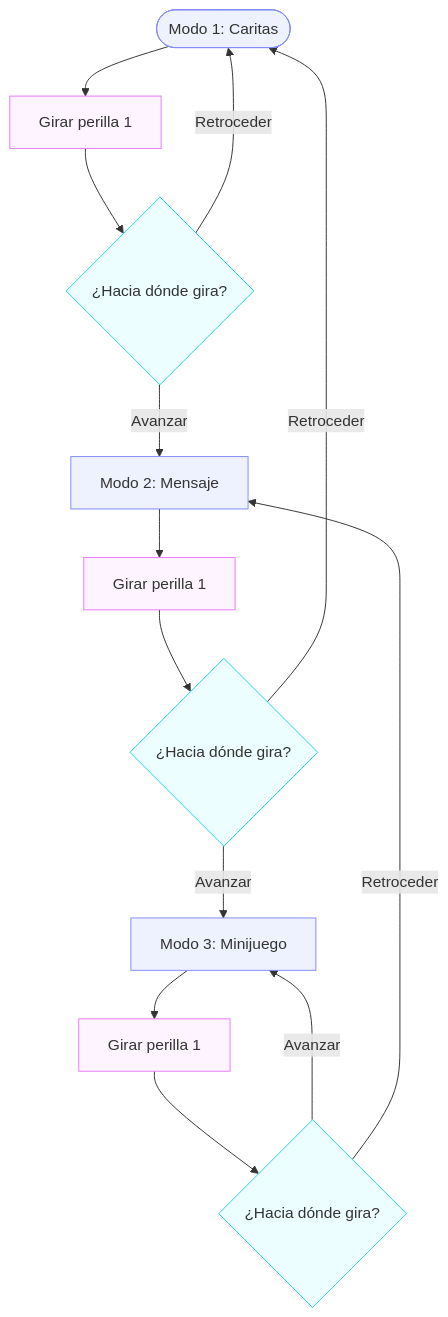
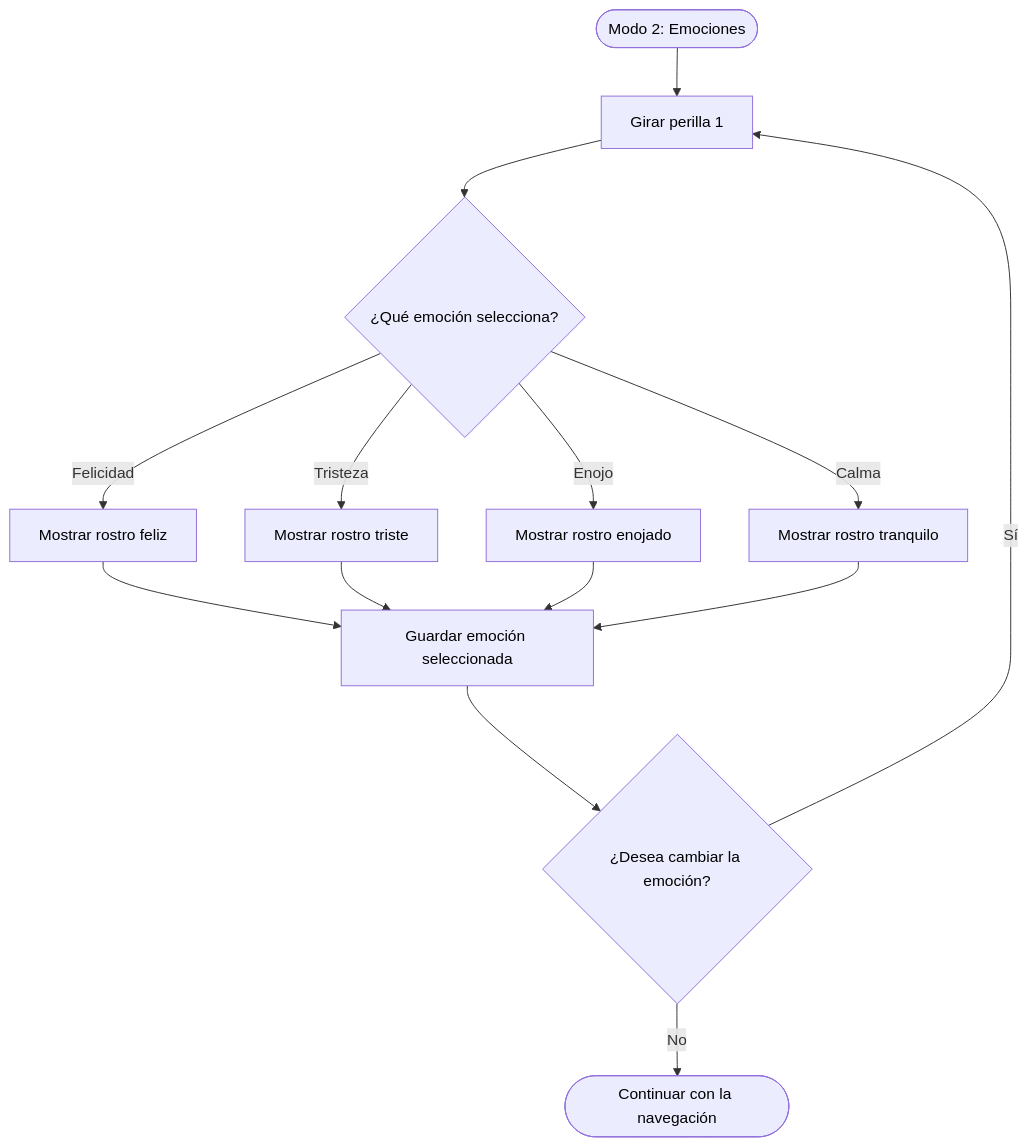
Before and after one commit to Estrabismx/dis8645-2026-2-procesos-2: the sixth of 6 diagrams in 00-proyecto-2/grupo-03/README.md, drawn with Mermaid. The commit also changed other lines of this file, not shown here.

````diff
--- a/00-proyecto-2/grupo-03/README.md
+++ b/00-proyecto-2/grupo-03/README.md
@@ -273,29 +296,32 @@
 ```mermaid
-flowchart TD
-   A(["Modo 1: Caritas"]) --> B["Girar perilla 1"]
-   B --> C{"¿Hacia dónde gira?"}
+---
+config:
+ theme: default
+---
+flowchart TB
+   A(["Modo 2: Emociones"]) --> B["Girar perilla 1"]
+   B --> C{"¿Qué emoción selecciona?"}
+   C -- Felicidad --> D["Mostrar rostro feliz"]
+   C -- Tristeza --> E["Mostrar rostro triste"]
+   C -- Enojo --> F["Mostrar rostro enojado"]
+   C -- Calma --> H["Mostrar rostro tranquilo"]
+   D --> I["Guardar emoción seleccionada"]
+   E --> I
+   F --> I
+   H --> I
+   I --> J{"¿Desea cambiar la emoción?"}
+   J -- Sí --> B
+   J -- No --> K(["Continuar con la navegación"])
 
-   C -->|Avanzar| D["Modo 2: Mensaje"]
-   C -->|Retroceder| A
 
-   D --> E["Girar perilla 1"]
-   E --> F{"¿Hacia dónde gira?"}
-
-   F -->|Avanzar| G["Modo 3: Minijuego"]
-   F -->|Retroceder| A
-
-   G --> H["Girar perilla 1"]
-   H --> I{"¿Hacia dónde gira?"}
-
-   I -->|Avanzar| G
-   I -->|Retroceder| D
-
-   classDef screen fill:#eef2ff,stroke:#818cf8
-   classDef action fill:#fdf4ff,stroke:#e879f9
-   classDef decision fill:#ecfeff,stroke:#22d3ee
-
-   class A,D,G screen
-   class B,E,H action
-   class C,F,I decision
-
+   style A color:#000000
+   style B color:#000000
+   style C color:#000000
+   style D color:#000000
+   style E color:#000000
+   style F color:#000000
+   style H color:#000000
+   style I color:#000000
+   style J color:#000000
+   style K color:#000000
 ```
````
